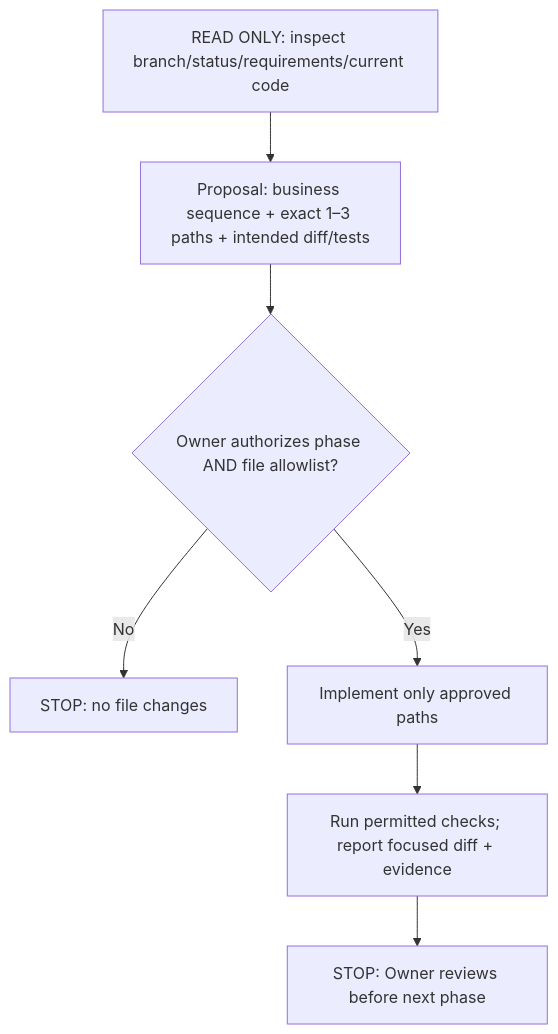
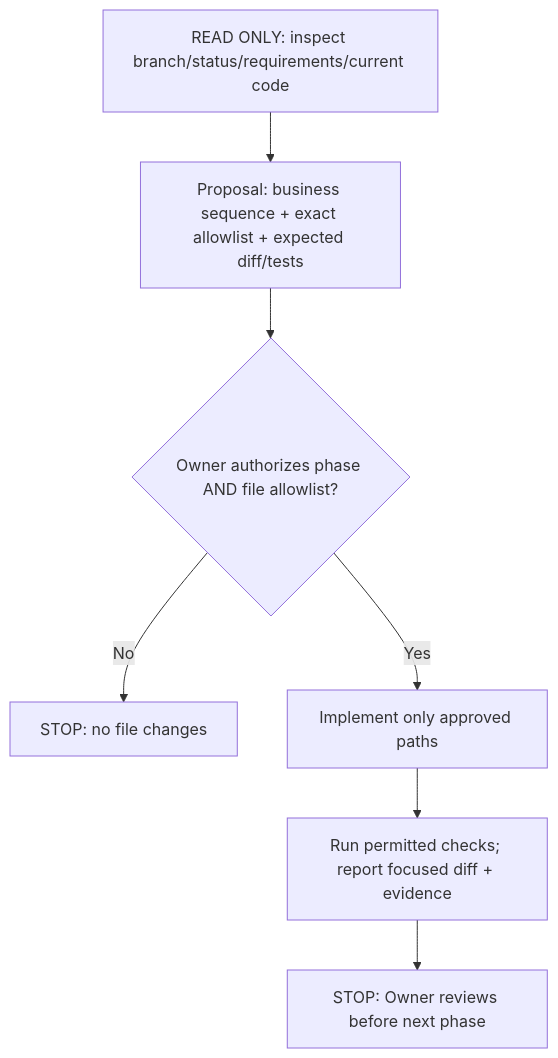
Before and after one commit to huutienSE/LivingDocs: the fourth of 4 diagrams in docs/engineering/LivingDocs_Master_Decisions_Technical_Rules_Team_Agent_Handoff_2026-11-13.md, drawn with Mermaid. The commit also changed other lines of this file and 4 other files, not shown here.

````diff
--- a/docs/engineering/LivingDocs_Master_Decisions_Technical_Rules_Team_Agent_Handoff_2026-11-13.md
+++ b/docs/engineering/LivingDocs_Master_Decisions_Technical_Rules_Team_Agent_Handoff_2026-11-13.md
@@ -429,9 +430,9 @@
 ```mermaid
 flowchart TD
-    R[READ ONLY: inspect branch/status/requirements/current code] --> P[Proposal: business sequence + exact 1–3 paths + intended diff/tests]
+    R[READ ONLY: inspect branch/status/requirements/current code] --> P[Proposal: business sequence + exact allowlist + expected diff/tests]
     P --> A{Owner authorizes phase AND file allowlist?}
     A -- No --> X[STOP: no file changes]
     A -- Yes --> I[Implement only approved paths]
     I --> V[Run permitted checks; report focused diff + evidence]
     V --> Z[STOP: Owner reviews before next phase]
 ```
````
